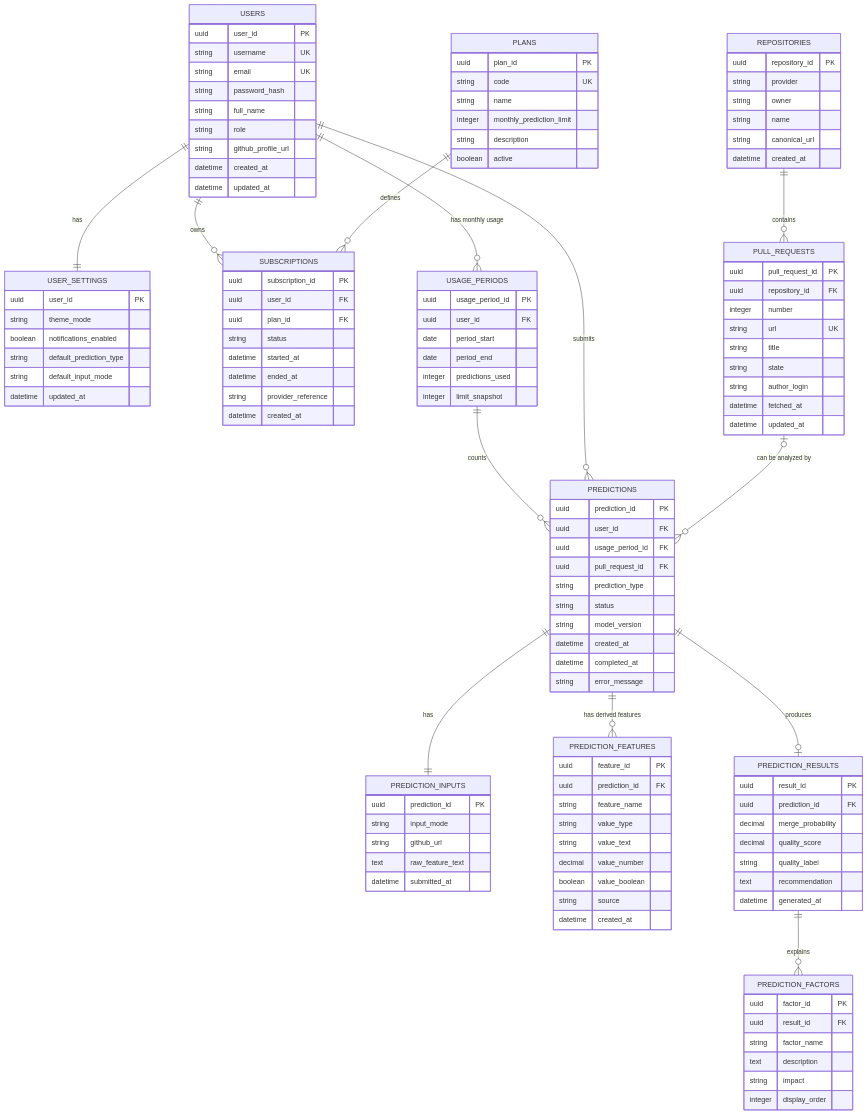
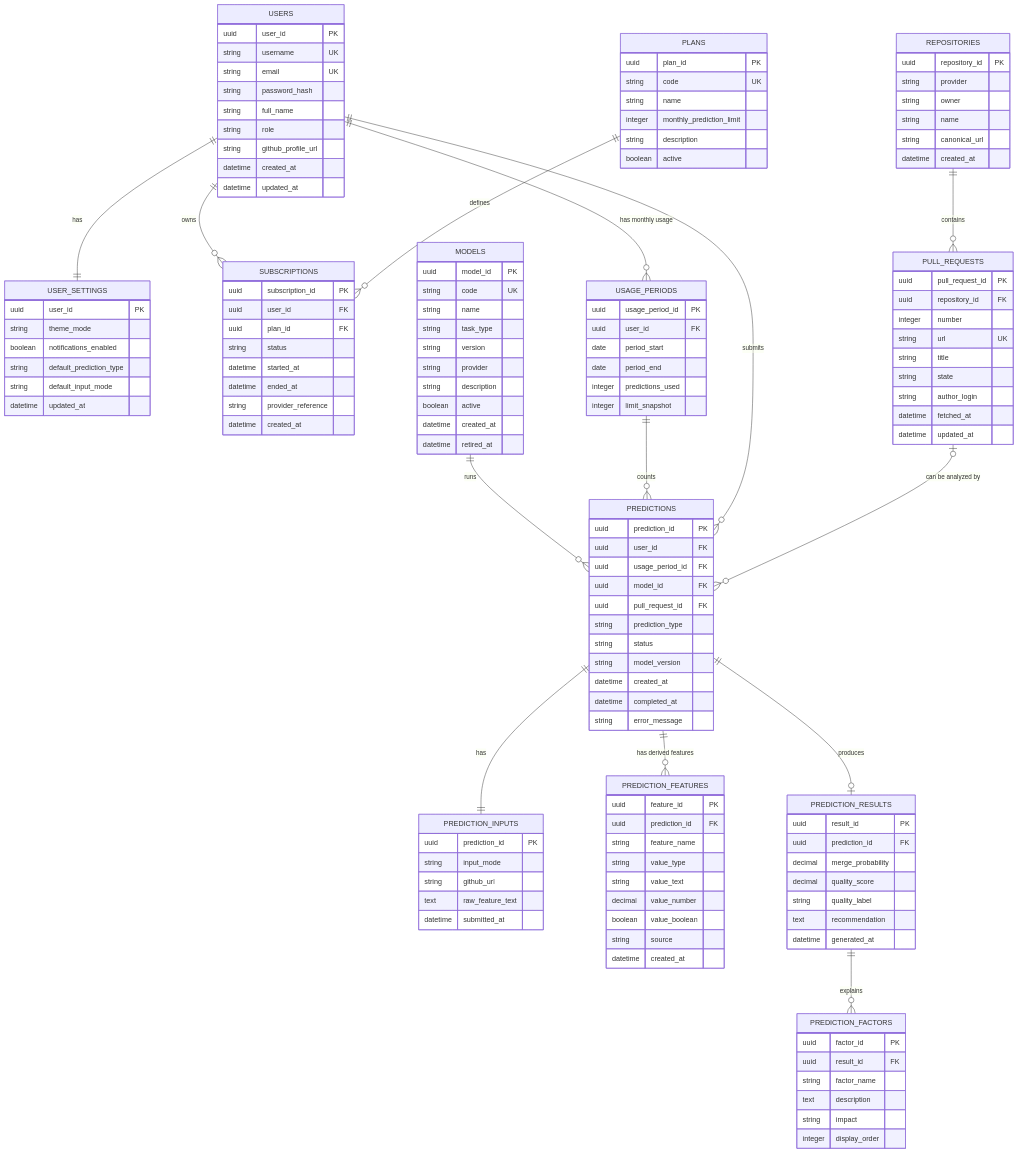
One commit to AniruddhoRoy/Pr_predictor changed the second of 2 diagrams in ER_DIAGRAM.md. Above: the diagram before and after it, drawn with Mermaid. The commit also changed other lines of this file and 2 other files, not shown here.

```diff
--- a/ER_DIAGRAM.md
+++ b/ER_DIAGRAM.md
@@ -53,6 +54,7 @@
     USERS ||--o{ SUBSCRIPTIONS : "owns"
     PLANS ||--o{ SUBSCRIPTIONS : "defines"
     USERS ||--o{ USAGE_PERIODS : "has monthly usage"
+    MODELS ||--o{ PREDICTIONS : "runs"
     USAGE_PERIODS ||--o{ PREDICTIONS : "counts"
     USERS ||--o{ PREDICTIONS : "submits"
     REPOSITORIES ||--o{ PULL_REQUESTS : "contains"
@@ -90,6 +92,19 @@
         integer monthly_prediction_limit
         string description
         boolean active
+    }
+
+    MODELS {
+        uuid model_id PK
+        string code UK
+        string name
+        string task_type
+        string version
+        string provider
+        string description
+        boolean active
+        datetime created_at
+        datetime retired_at
     }
 
     SUBSCRIPTIONS {
@@ -137,6 +152,7 @@
         uuid prediction_id PK
         uuid user_id FK
         uuid usage_period_id FK
+        uuid model_id FK
         uuid pull_request_id FK
         string prediction_type
         string status
```
